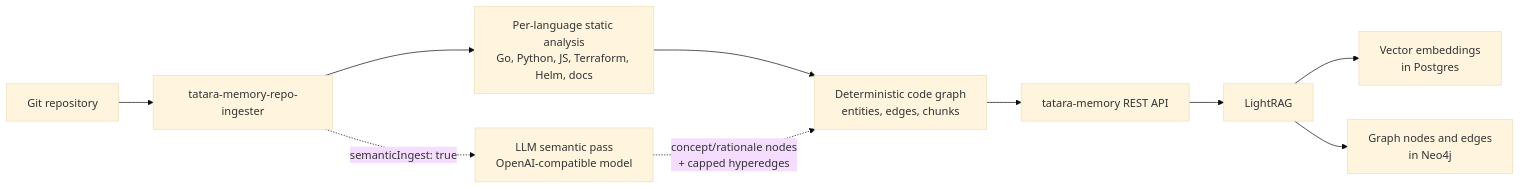
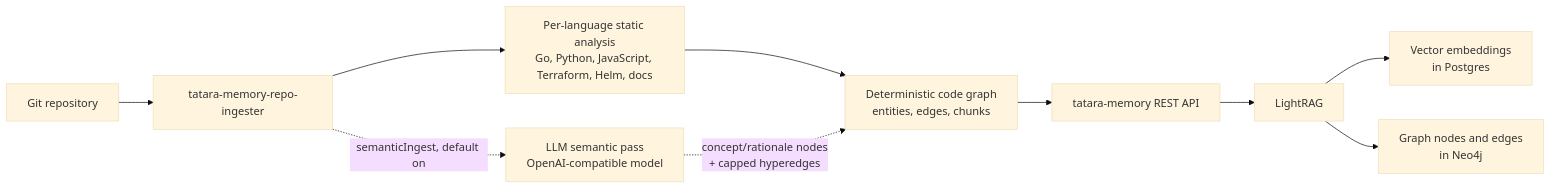
One commit to szymonrychu/tatara-documentation changed the diagram in docs/explainers/memory-graph.md. Above: the diagram before and after it, drawn with Mermaid (base theme). The commit also changed other lines of this file and 74 other files, not shown here.

````diff
--- a/docs/explainers/memory-graph.md
+++ b/docs/explainers/memory-graph.md
@@ -15,12 +17,12 @@
 ```mermaid
 flowchart LR
     A[Git repository] --> B[tatara-memory-repo-ingester]
-    B --> C[Per-language static analysis<br/>Go, Python, JS, Terraform, Helm, docs]
+    B --> C[Per-language static analysis<br/>Go, Python, JavaScript, Terraform, Helm, docs]
     C --> D[Deterministic code graph<br/>entities, edges, chunks]
-    B -. semanticIngest: true .-> S[LLM semantic pass<br/>OpenAI-compatible model]
+    B -. semanticIngest, default on .-> S[LLM semantic pass<br/>OpenAI-compatible model]
     S -. concept/rationale nodes<br/>+ capped hyperedges .-> D
     D --> E[tatara-memory REST API]
     E --> F[LightRAG]
     F --> G[Vector embeddings<br/>in Postgres]
     F --> H[Graph nodes and edges<br/>in Neo4j]
 ```
````
